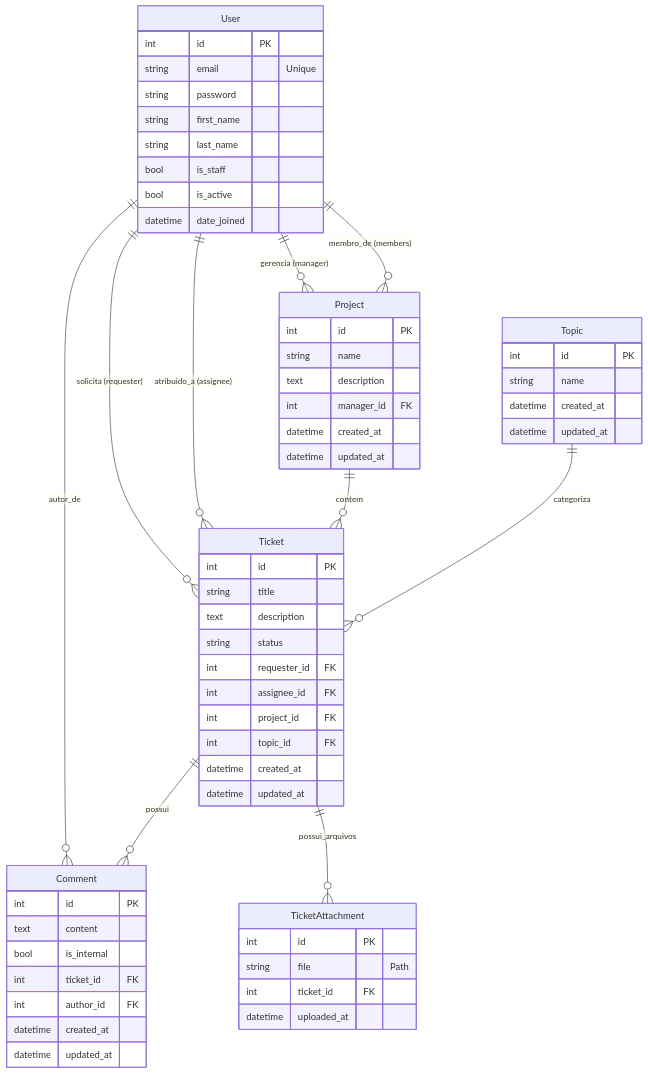
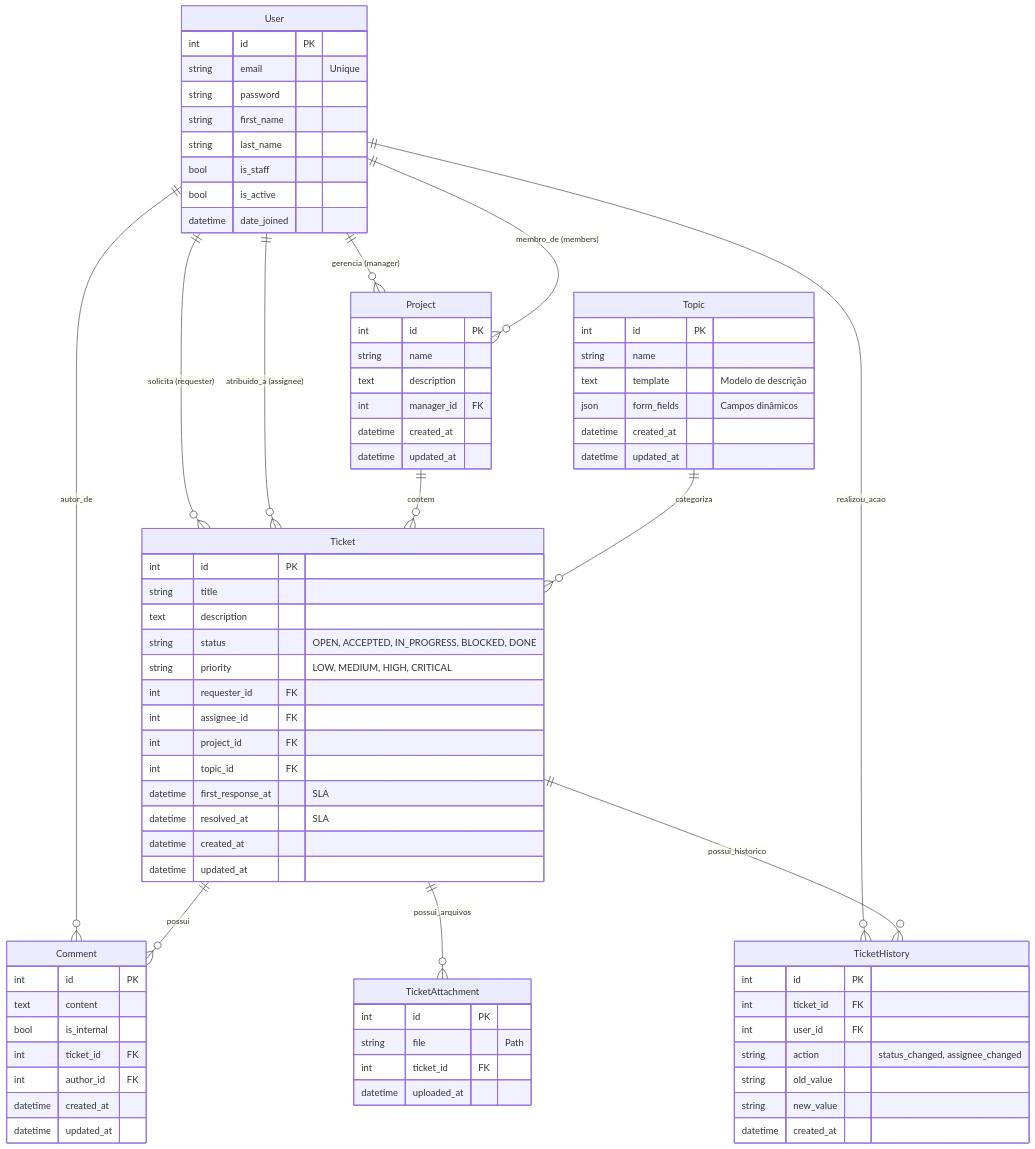
The diagram in docs/banco_de_dados.md (eriknathan/chama-devops), drawn with Mermaid before and after one commit. The commit also changed other lines of this file and 19 other files, not shown here.

First line of the commit message:
✨ feat(tickets): implement topic-specific ticket creation flow

````diff
--- a/docs/banco_de_dados.md
+++ b/docs/banco_de_dados.md
@@ -11,12 +11,14 @@
     User ||--o{ Ticket : "solicita (requester)"
     User ||--o{ Ticket : "atribuido_a (assignee)"
     User ||--o{ Comment : "autor_de"
+    User ||--o{ TicketHistory : "realizou_acao"
     
     Project ||--o{ Ticket : "contem"
     Topic ||--o{ Ticket : "categoriza"
     
     Ticket ||--o{ Comment : "possui"
     Ticket ||--o{ TicketAttachment : "possui_arquivos"
+    Ticket ||--o{ TicketHistory : "possui_historico"
 
     User {
         int id PK
@@ -41,6 +43,8 @@
     Topic {
         int id PK
         string name
+        text template "Modelo de descrição"
+        json form_fields "Campos dinâmicos"
         datetime created_at
         datetime updated_at
     }
@@ -49,11 +53,14 @@
         int id PK
         string title
         text description
-        string status
+        string status "OPEN, ACCEPTED, IN_PROGRESS, BLOCKED, DONE"
+        string priority "LOW, MEDIUM, HIGH, CRITICAL"
         int requester_id FK
         int assignee_id FK
         int project_id FK
         int topic_id FK
+        datetime first_response_at "SLA"
+        datetime resolved_at "SLA"
         datetime created_at
         datetime updated_at
     }
@@ -74,4 +81,14 @@
         int ticket_id FK
         datetime uploaded_at
     }
+
+    TicketHistory {
+        int id PK
+        int ticket_id FK
+        int user_id FK
+        string action "status_changed, assignee_changed"
+        string old_value
+        string new_value
+        datetime created_at
+    }
 ```
````
